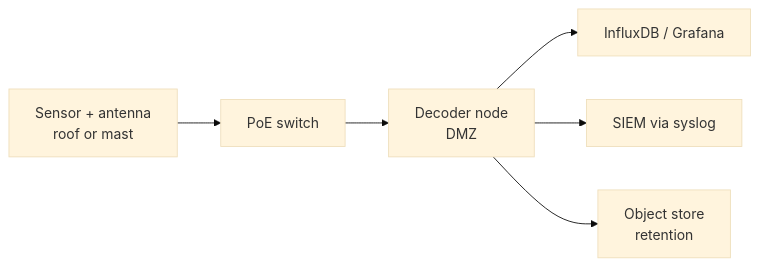
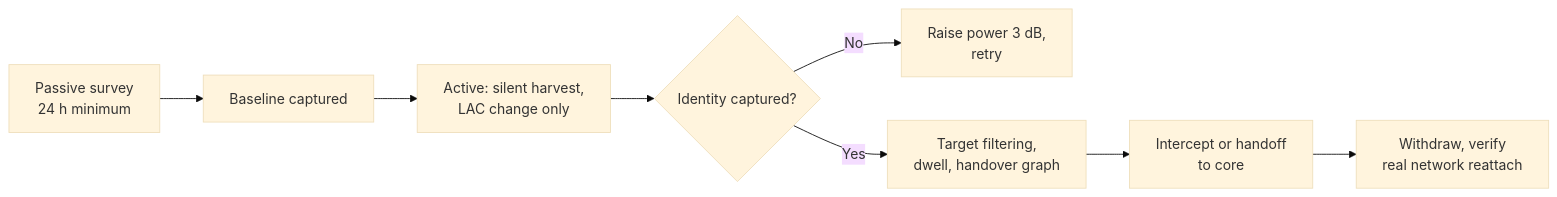
The fourth of 20 diagrams in README.md (ProjectZeroDays/IMSI-Catchers-Guide_Government-Enterprise-and-Adversary-Platforms), drawn with Mermaid (base theme) before and after one commit. The commit also changed other lines of this file, not shown here.

````diff
--- a/README.md
+++ b/README.md
@@ -1312,8 +1867,10 @@
 ```mermaid
 flowchart LR
-    A["Sensor + antenna<br/>roof or mast"] --> B["PoE switch"]
-    B --> C["Decoder node<br/>DMZ"]
-    C --> D["InfluxDB / Grafana"]
-    C --> E["SIEM via syslog"]
-    C --> F["Object store<br/>retention"]
+    A["Passive survey<br/>24 h minimum"] --> B["Baseline captured"]
+    B --> C["Active: silent harvest,<br/>LAC change only"]
+    C --> D{"Identity captured?"}
+    D -->|"No"| E["Raise power 3 dB,<br/>retry"]
+    D -->|"Yes"| F["Target filtering,<br/>dwell, handover graph"]
+    F --> G["Intercept or handoff<br/>to core"]
+    G --> H["Withdraw, verify<br/>real network reattach"]
 ```
````
